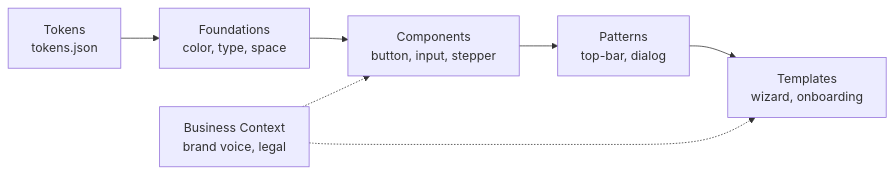
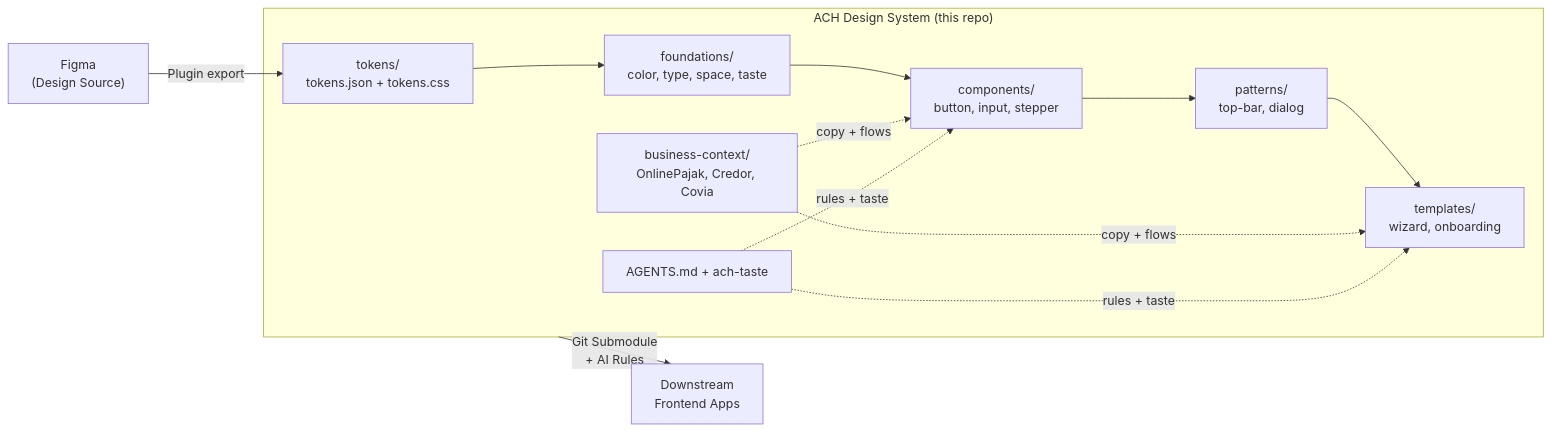
The second of 2 diagrams in README.md (arioseno-ach/ach-design-system), drawn with Mermaid before and after one commit. The commit also changed other lines of this file, not shown here.

Commit message:
docs(readme): rewrite with full file relationship map, mermaid diagrams, and agent task sequence

````diff
--- a/README.md
+++ b/README.md
@@ -21,9 +147,18 @@
 ```mermaid
 flowchart LR
-  tokens[Tokens\ntokens.json] --> foundations[Foundations\ncolor, type, space]
-  foundations --> components[Components\nbutton, input, stepper]
-  components --> patterns[Patterns\ntop-bar, dialog]
-  patterns --> templates[Templates\nwizard, onboarding]
-  business[Business Context\nbrand voice, legal] -.-> components
-  business -.-> templates
+    FIG["Figma\n(Design Source)"] -- "Plugin export" --> TOKENS
+
+    subgraph DSS["ACH Design System (this repo)"]
+        TOKENS["tokens/\ntokens.json + tokens.css"] --> FOUND
+        FOUND["foundations/\ncolor, type, space, taste"] --> COMP
+        COMP["components/\nbutton, input, stepper"] --> PATT
+        PATT["patterns/\ntop-bar, dialog"] --> TMPL
+        TMPL["templates/\nwizard, onboarding"]
+        BIZ["business-context/\nOnlinePajak, Credor, Covia"] -.->|copy + flows| COMP
+        BIZ -.->|copy + flows| TMPL
+        AGENTS["AGENTS.md + ach-taste"] -.->|rules + taste| COMP
+        AGENTS -.->|rules + taste| TMPL
+    end
+
+    DSS -- "Git Submodule\n+ AI Rules" --> APP["Downstream\nFrontend Apps"]
 ```
````
